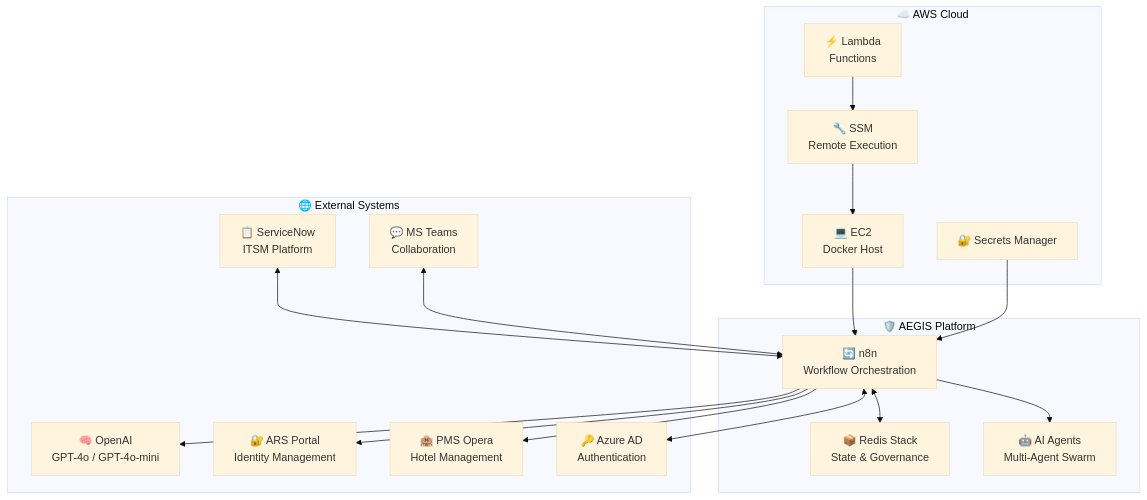
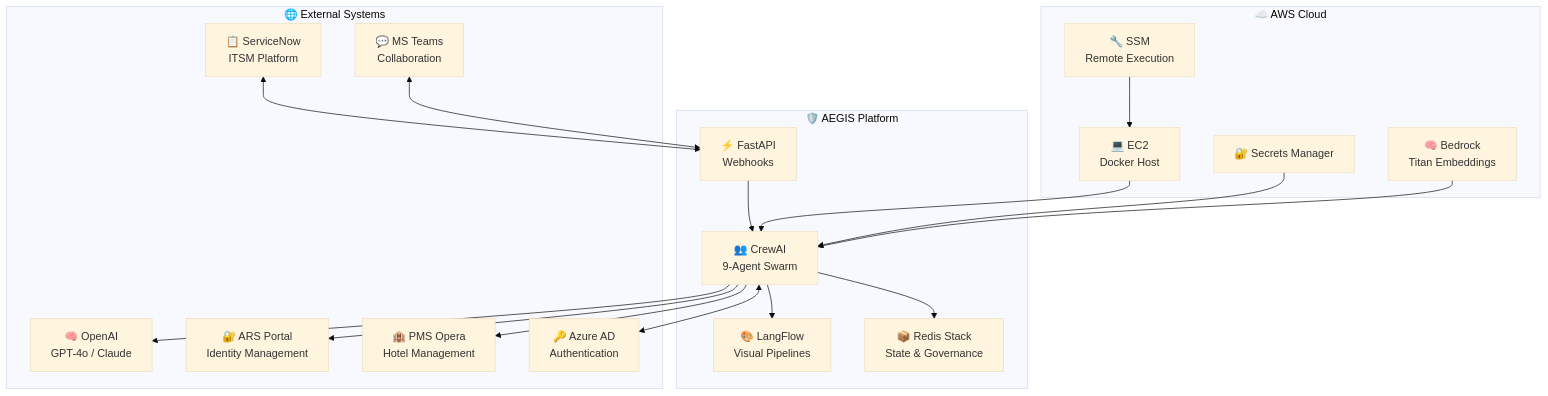
Before and after one commit to maniltns/AEGIS: the first of 6 diagrams in docs/TAD.md, drawn with Mermaid (base theme). The commit also changed other lines of this file and 14 other files, not shown here.

Commit message:
docs: Add comprehensive documentation for AEGIS architecture, demo, setup, and executive insights, and update contributing guidelines for the Python/CrewAI agent stack.

````diff
--- a/docs/TAD.md
+++ b/docs/TAD.md
@@ -37,37 +38,39 @@
 ```mermaid
 graph TB
     subgraph "🌐 External Systems"
         SNOW["📋 ServiceNow<br/>ITSM Platform"]
         TEAMS["💬 MS Teams<br/>Collaboration"]
-        OPENAI["🧠 OpenAI<br/>GPT-4o / GPT-4o-mini"]
+        OPENAI["🧠 OpenAI<br/>GPT-4o / Claude"]
         ARS["🔐 ARS Portal<br/>Identity Management"]
         OPERA["🏨 PMS Opera<br/>Hotel Management"]
         AAD["🔑 Azure AD<br/>Authentication"]
     end
 
     subgraph "🛡️ AEGIS Platform"
-        N8N["🔄 n8n<br/>Workflow Orchestration"]
+        CREW["👥 CrewAI<br/>9-Agent Swarm"]
+        LF["🎨 LangFlow<br/>Visual Pipelines"]
+        API["⚡ FastAPI<br/>Webhooks"]
         REDIS["📦 Redis Stack<br/>State & Governance"]
-        AGENTS["🤖 AI Agents<br/>Multi-Agent Swarm"]
     end
 
     subgraph "☁️ AWS Cloud"
         EC2["💻 EC2<br/>Docker Host"]
         SSM["🔧 SSM<br/>Remote Execution"]
         SECRETS["🔐 Secrets Manager"]
-        LAMBDA["⚡ Lambda<br/>Functions"]
+        BEDROCK["🧠 Bedrock<br/>Titan Embeddings"]
     end
 
-    SNOW <--> N8N
-    TEAMS <--> N8N
-    N8N --> OPENAI
-    N8N --> ARS
-    N8N --> OPERA
-    N8N <--> AAD
-    N8N <--> REDIS
-    N8N --> AGENTS
-    EC2 --> N8N
+    SNOW <--> API
+    TEAMS <--> API
+    API --> CREW
+    CREW --> LF
+    CREW --> REDIS
+    CREW --> OPENAI
+    CREW --> ARS
+    CREW --> OPERA
+    CREW <--> AAD
+    EC2 --> CREW
     SSM --> EC2
-    SECRETS --> N8N
-    LAMBDA --> SSM
+    SECRETS --> CREW
+    BEDROCK --> CREW
 ```
````
